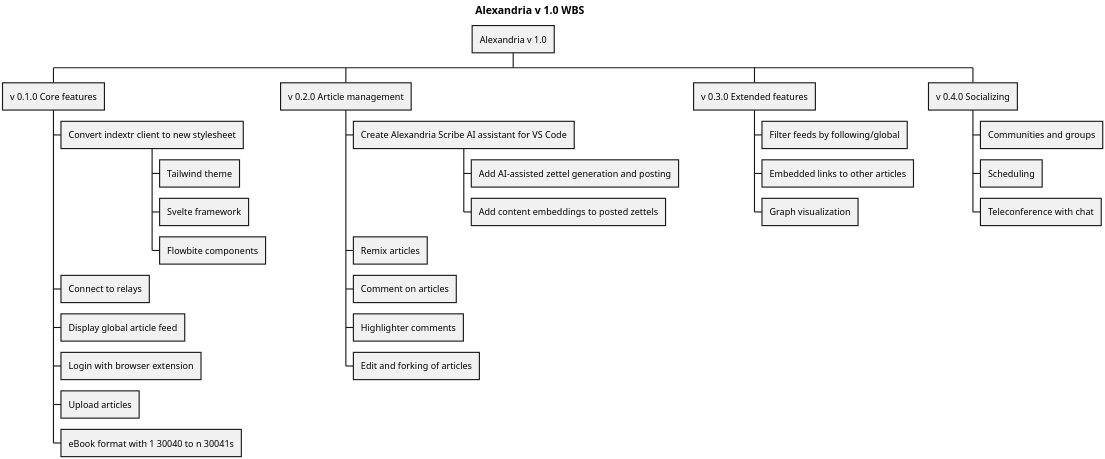
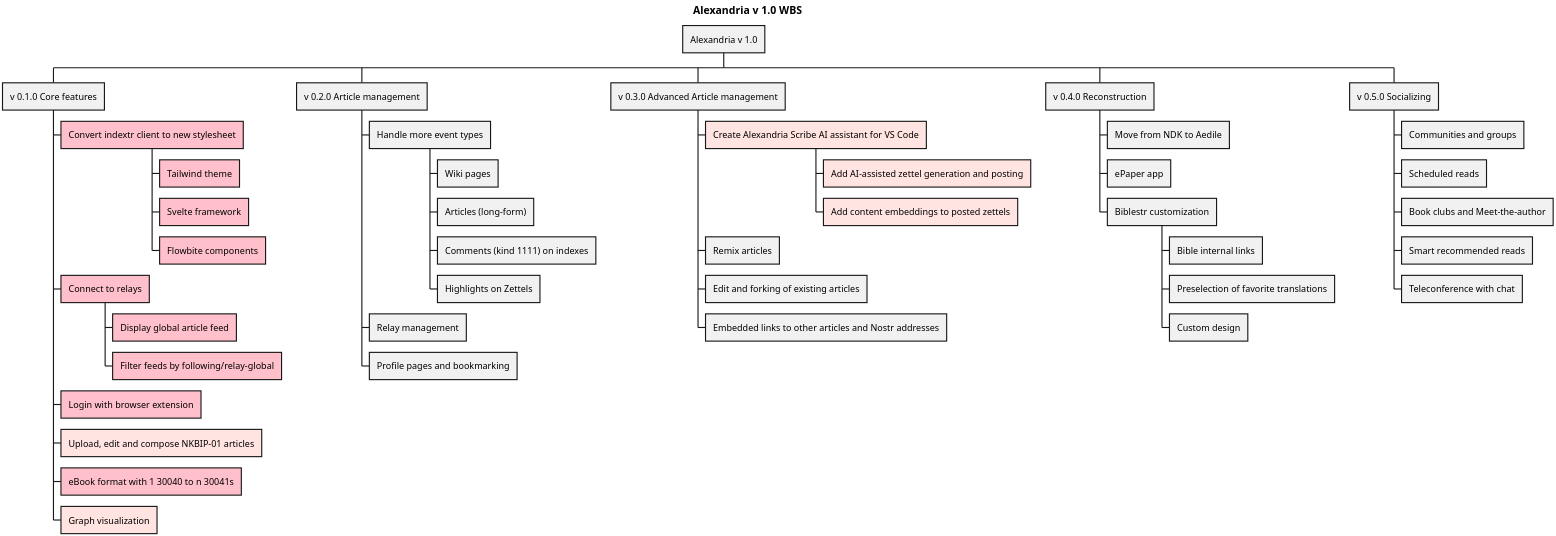
One commit to ShadowySupercode/gitcitadel changed the diagram in plantUML/Alexandria/Alexandria_v1.0_WBS.puml. Above: the diagram before and after it, drawn with PlantUML. The commit also changed 1 other file, not shown here.

Commit message:
Updated Alexandria WBS

```diff
--- a/plantUML/Alexandria/Alexandria_v1.0_WBS.puml
+++ b/plantUML/Alexandria/Alexandria_v1.0_WBS.puml
@@ -1,34 +1,59 @@
 @startwbs Alexandria_v1.0_WBS
+
+<style>
+wbsDiagram {
+  .pink {
+      BackgroundColor pink
+  }
+    .lightpink {
+      BackgroundColor MistyRose
+  }
+}
+</style>
 
 skinparam dpi 300
 title Alexandria v 1.0 WBS
 
 * Alexandria v 1.0
 ** v 0.1.0 Core features
-*** Convert indextr client to new stylesheet
-**** Tailwind theme
-**** Svelte framework
-**** Flowbite components
-*** Connect to relays
-*** Display global article feed
-*** Login with browser extension
-*** Upload articles
-*** eBook format with 1 30040 to n 30041s
+*** Convert indextr client to new stylesheet <<pink>>
+**** Tailwind theme <<pink>>
+**** Svelte framework <<pink>>
+**** Flowbite components <<pink>>
+*** Connect to relays <<pink>>
+**** Display global article feed <<pink>>
+**** Filter feeds by following/relay-global <<pink>>
+*** Login with browser extension <<pink>>
+*** Upload, edit and compose NKBIP-01 articles <<lightpink>>
+*** eBook format with 1 30040 to n 30041s <<pink>>
+*** Graph visualization <<lightpink>>
 ** v 0.2.0 Article management
-*** Create Alexandria Scribe AI assistant for VS Code
-**** Add AI-assisted zettel generation and posting
-**** Add content embeddings to posted zettels
+*** Handle more event types
+**** Wiki pages
+**** Articles (long-form)
+**** Comments (kind 1111) on indexes
+**** Highlights on Zettels
+*** Relay management
+*** Profile pages and bookmarking
+** v 0.3.0 Advanced Article management
+*** Create Alexandria Scribe AI assistant for VS Code <<lightpink>>
+**** Add AI-assisted zettel generation and posting <<lightpink>>
+**** Add content embeddings to posted zettels <<lightpink>>
 *** Remix articles
-*** Comment on articles
-*** Highlighter comments
-*** Edit and forking of articles
-** v 0.3.0 Extended features
-*** Filter feeds by following/global
-*** Embedded links to other articles
-*** Graph visualization
-** v 0.4.0 Socializing
+*** Edit and forking of existing articles
+*** Embedded links to other articles and Nostr addresses
+** v 0.4.0 Reconstruction
+*** Move from NDK to Aedile
+*** ePaper app
+*** Biblestr customization
+**** Bible internal links
+**** Preselection of favorite translations
+**** Custom design
+** v 0.5.0 Socializing
 *** Communities and groups
-*** Scheduling
+*** Scheduled reads
+*** Book clubs and Meet-the-author
+*** Smart recommended reads
 *** Teleconference with chat
 
 @endwbs
```
